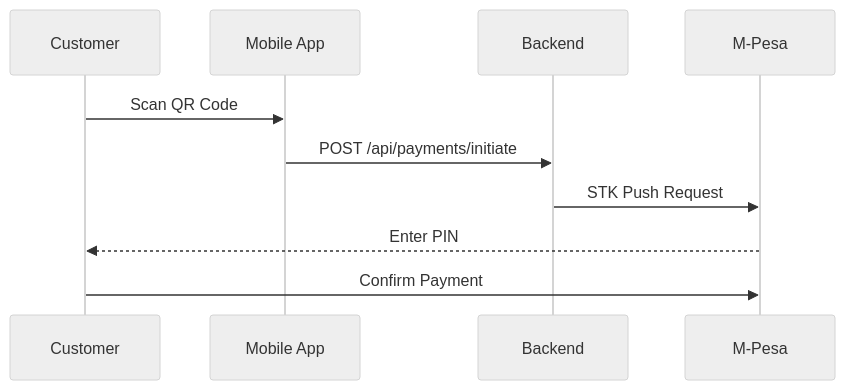
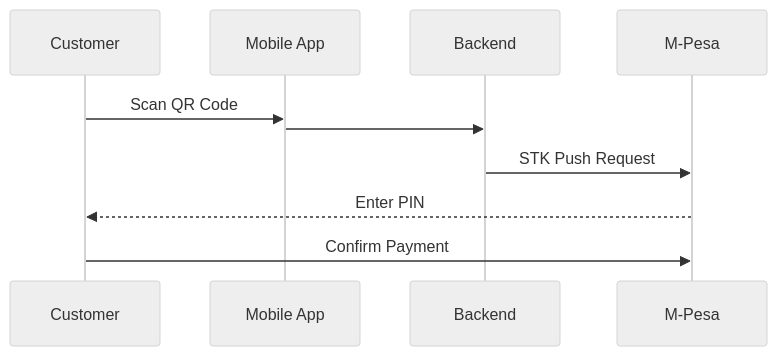
Before and after one commit to chargebyte-africa/chargebyte-csmp: the first of 3 diagrams in README.md, drawn with Mermaid (neutral theme). The commit also changed other lines of this file, not shown here.

````diff
--- a/README.md
+++ b/README.md
@@ -209,8 +155,8 @@
 ```mermaid
 sequenceDiagram
     Customer->>Mobile App: Scan QR Code
-    Mobile App->>Backend: POST /api/payments/initiate
+    Mobile App->>Backend: 
     Backend->>M-Pesa: STK Push Request
     M-Pesa-->>Customer: Enter PIN
     Customer->>M-Pesa: Confirm Payment
 ```
````
